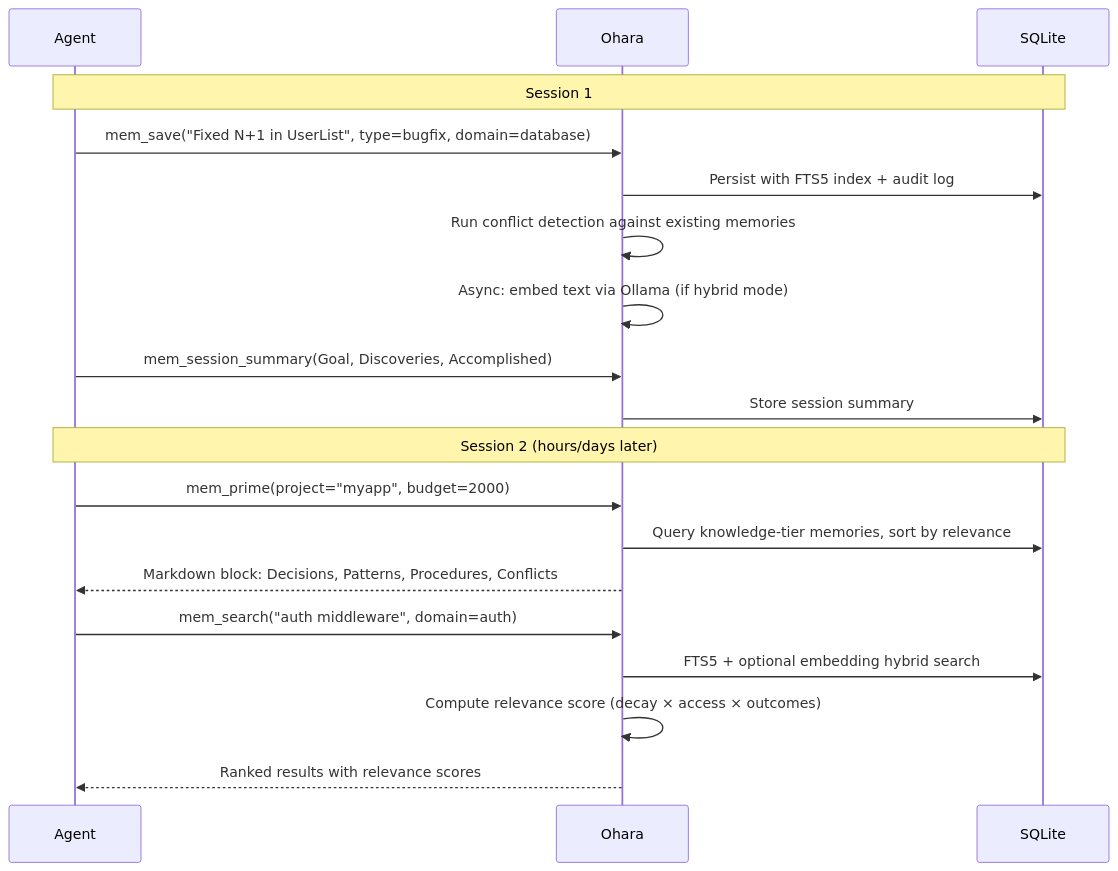
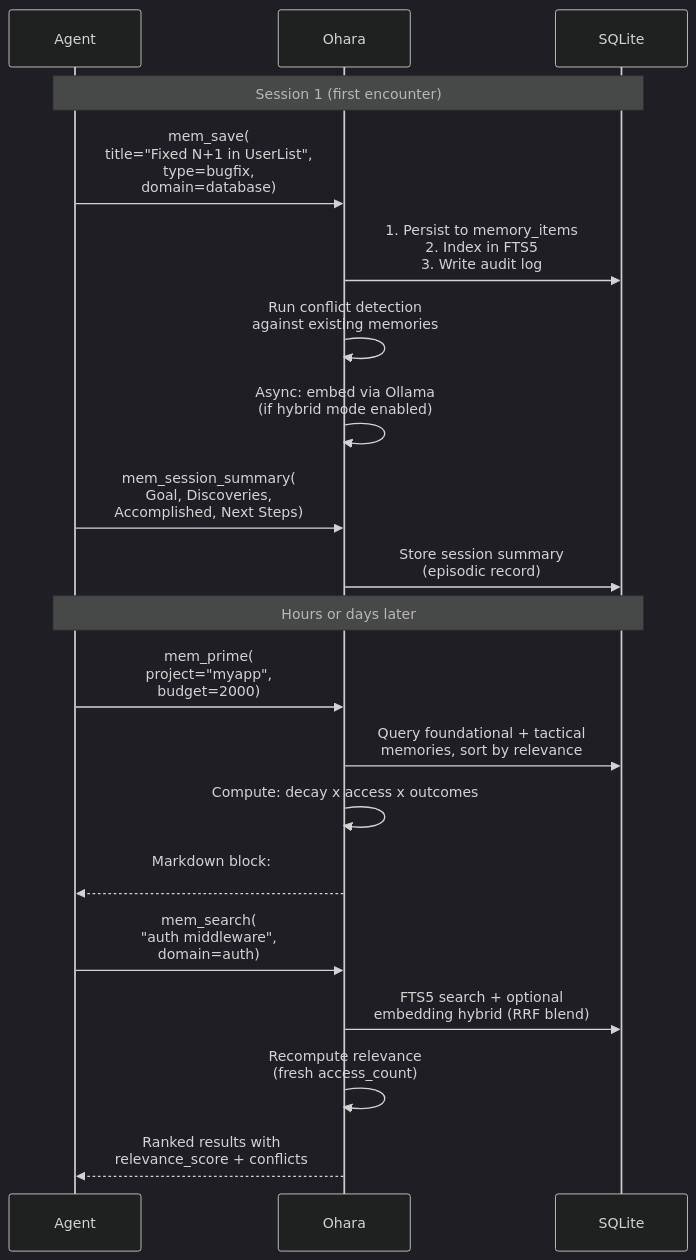
One commit to ashwnn/ohara changed the second of 3 diagrams in README.md. Above: the diagram before and after it, drawn with Mermaid. The commit also changed other lines of this file, not shown here.

Commit message:
docs: enhance README diagrams with colors and explanations, remove emojis

````diff
--- a/README.md
+++ b/README.md
@@ -69,23 +85,26 @@
 ```mermaid
+%%{init: {'theme': 'dark', 'themeVariables': { 'primaryColor': '#6366f1'}}}%%
 sequenceDiagram
     participant A as Agent
     participant O as Ohara
     participant S as SQLite
 
-    Note over A,S: Session 1
-    A->>O: mem_save("Fixed N+1 in UserList", type=bugfix, domain=database)
-    O->>S: Persist with FTS5 index + audit log
-    O->>O: Run conflict detection against existing memories
-    O->>O: Async: embed text via Ollama (if hybrid mode)
-    A->>O: mem_session_summary(Goal, Discoveries, Accomplished)
-    O->>S: Store session summary
+    Note over A,S: Session 1 (first encounter)
+    A->>O: mem_save(<br/>title="Fixed N+1 in UserList",<br/>type=bugfix,<br/>domain=database)
+    O->>S: 1. Persist to memory_items<br/>2. Index in FTS5<br/>3. Write audit log
+    O->>O: Run conflict detection<br/>against existing memories
+    O->>O: Async: embed via Ollama<br/>(if hybrid mode enabled)
+    A->>O: mem_session_summary(<br/>Goal, Discoveries,<br/>Accomplished, Next Steps)
+    O->>S: Store session summary<br/>(episodic record)
 
-    Note over A,S: Session 2 (hours/days later)
-    A->>O: mem_prime(project="myapp", budget=2000)
-    O->>S: Query knowledge-tier memories, sort by relevance
-    O-->>A: Markdown block: Decisions, Patterns, Procedures, Conflicts
-    A->>O: mem_search("auth middleware", domain=auth)
-    O->>S: FTS5 + optional embedding hybrid search
-    O->>O: Compute relevance score (decay × access × outcomes)
-    O-->>A: Ranked results with relevance scores
+    Note over A,S: Hours or days later
+    A->>O: mem_prime(<br/>project="myapp",<br/>budget=2000)
+    O->>S: Query foundational + tactical<br/>memories, sort by relevance
+    O->>O: Compute: decay x access x outcomes
+    O-->>A: Markdown block:<br/>## Decisions<br/>## Patterns<br/>## Procedures<br/>## Conflicts
+
+    A->>O: mem_search(<br/>"auth middleware",<br/>domain=auth)
+    O->>S: FTS5 search + optional<br/>embedding hybrid (RRF blend)
+    O->>O: Recompute relevance<br/>(fresh access_count)
+    O-->>A: Ranked results with<br/>relevance_score + conflicts
 ```
````
